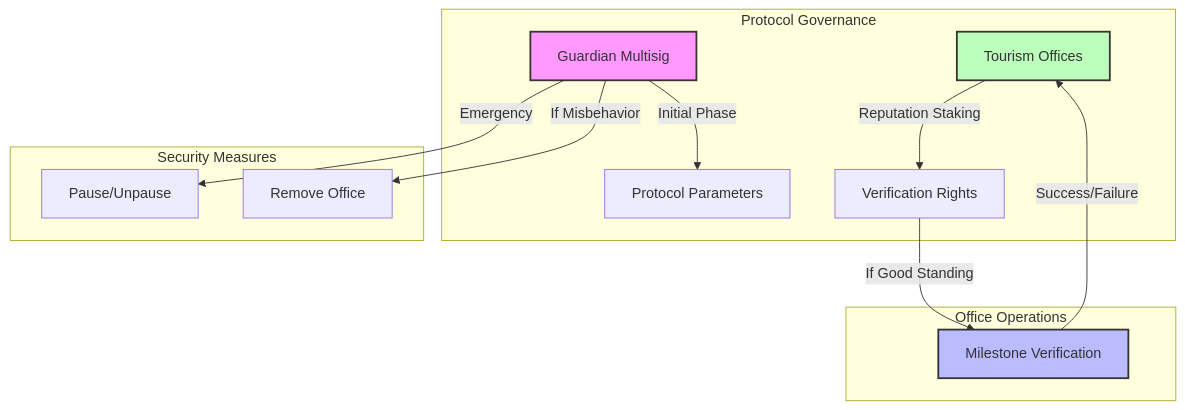
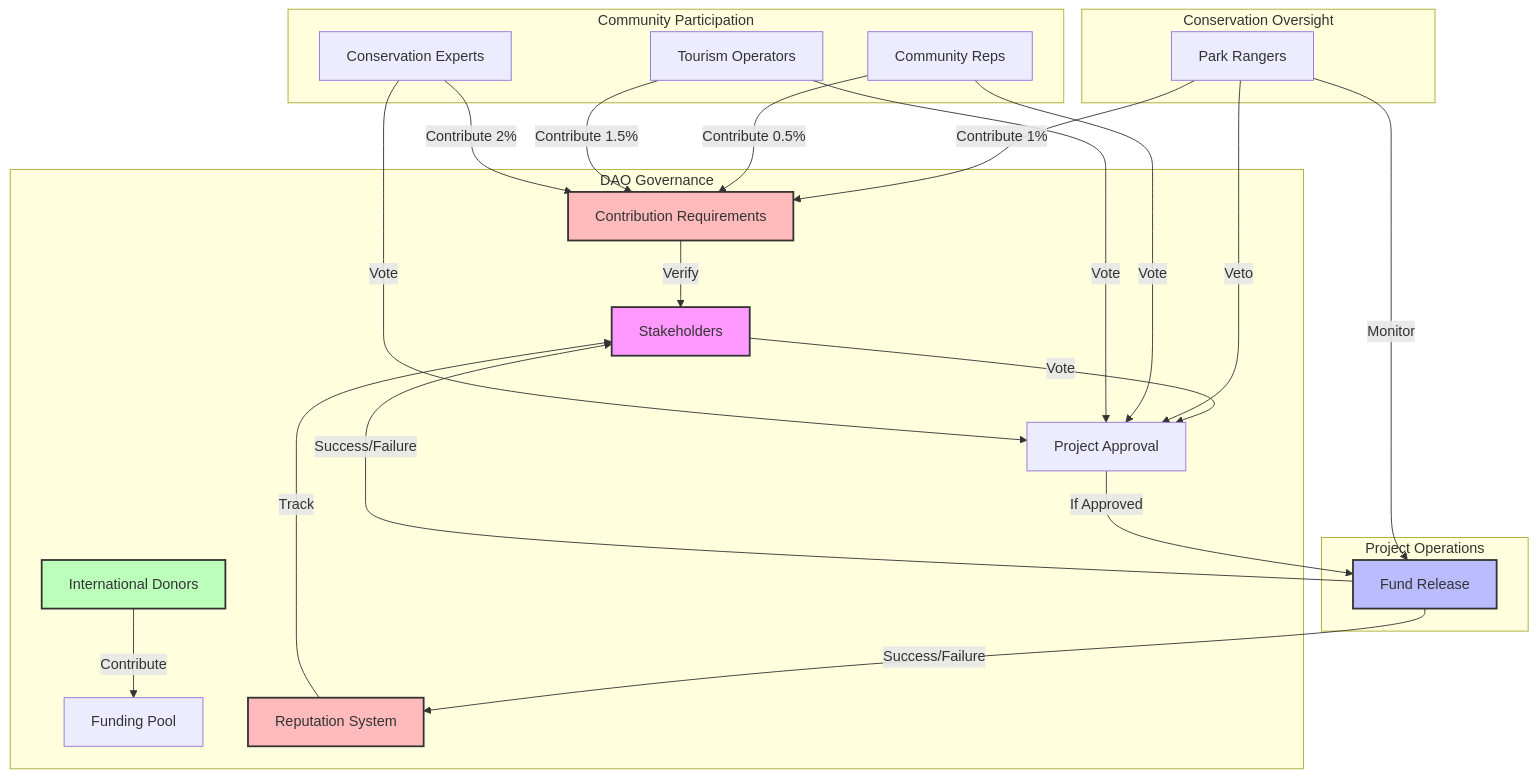
Before and after one commit to tapilew/equilibrio-alpha: the fifth of 7 diagrams in README.md, drawn with Mermaid. The commit also changed other lines of this file, not shown here.

Commit message:
docs: pivot to eco-grant dao

````diff
--- a/README.md
+++ b/README.md
@@ -230,21 +277,36 @@
 ```mermaid
 graph TD
-    subgraph "Protocol Governance"
-        A[Guardian Multisig] -->|Initial Phase| B[Protocol Parameters]
-        C[Tourism Offices] -->|Reputation Staking| D[Verification Rights]
+    subgraph "DAO Governance"
+        A[Stakeholders] -->|Vote| B[Project Approval]
+        C[International Donors] -->|Contribute| D[Funding Pool]
+        E[Reputation System] -->|Track| A
+        F[Contribution Requirements] -->|Verify| A
     end
     
-    subgraph "Office Operations"
-        D -->|If Good Standing| E[Milestone Verification]
-        E -->|Success/Failure| C
+    subgraph "Project Operations"
+        B -->|If Approved| G[Fund Release]
+        G -->|Success/Failure| E
+        G -->|Success/Failure| A
     end
 
-    subgraph "Security Measures"
-        A -->|Emergency| F[Pause/Unpause]
-        A -->|If Misbehavior| G[Remove Office]
+    subgraph "Conservation Oversight"
+        H[Park Rangers] -->|Veto| B
+        H -->|Monitor| G
+        H -->|Contribute 1%| F
+    end
+
+    subgraph "Community Participation"
+        I[Community Reps] -->|Vote| B
+        I -->|Contribute 0.5%| F
+        J[Tourism Operators] -->|Vote| B
+        J -->|Contribute 1.5%| F
+        K[Conservation Experts] -->|Vote| B
+        K -->|Contribute 2%| F
     end
 
     style A fill:#f9f,stroke:#333,stroke-width:2px
     style C fill:#bfb,stroke:#333,stroke-width:2px
-    style E fill:#bbf,stroke:#333,stroke-width:2px
+    style G fill:#bbf,stroke:#333,stroke-width:2px
+    style E fill:#fbb,stroke:#333,stroke-width:2px
+    style F fill:#fbb,stroke:#333,stroke-width:2px
 ```
````
